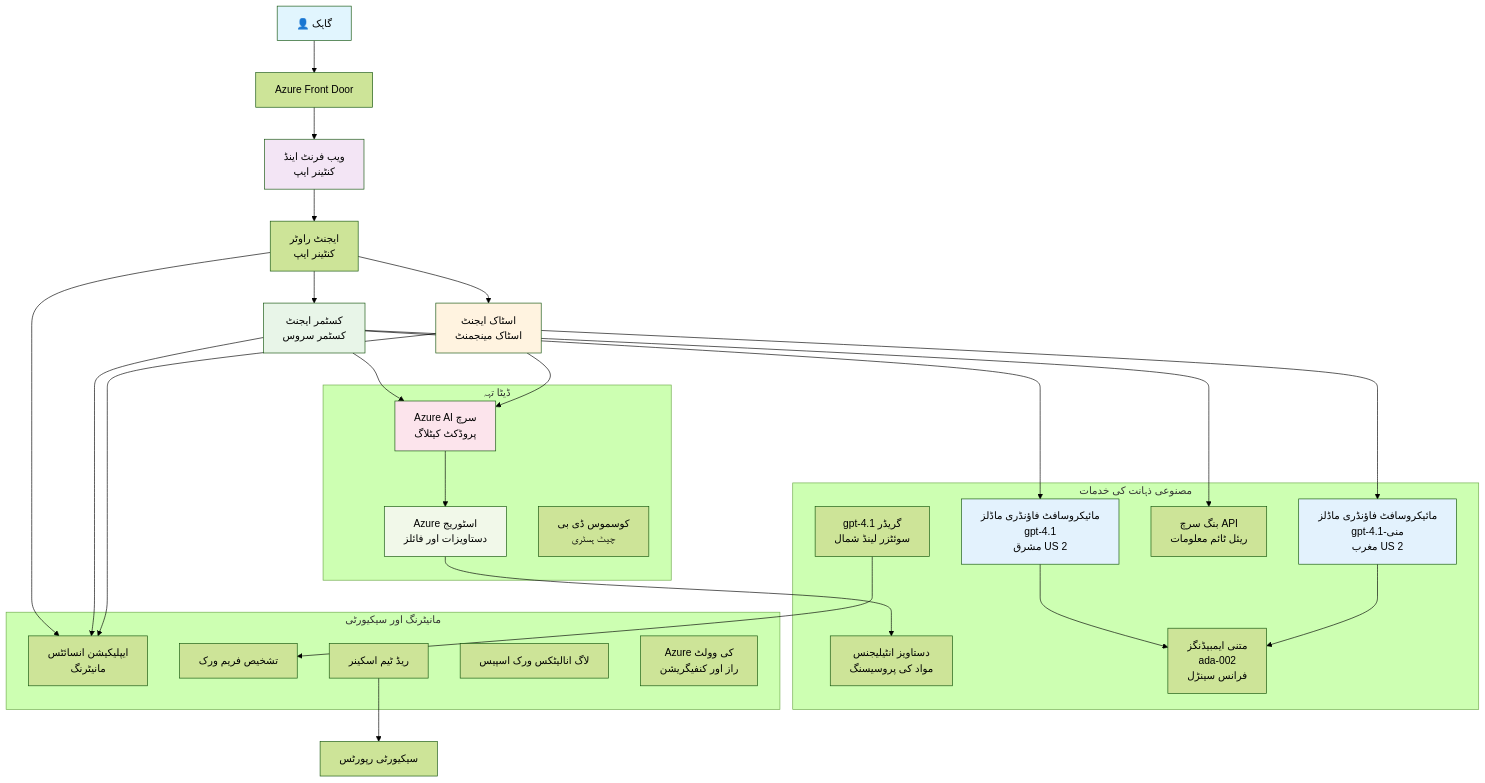
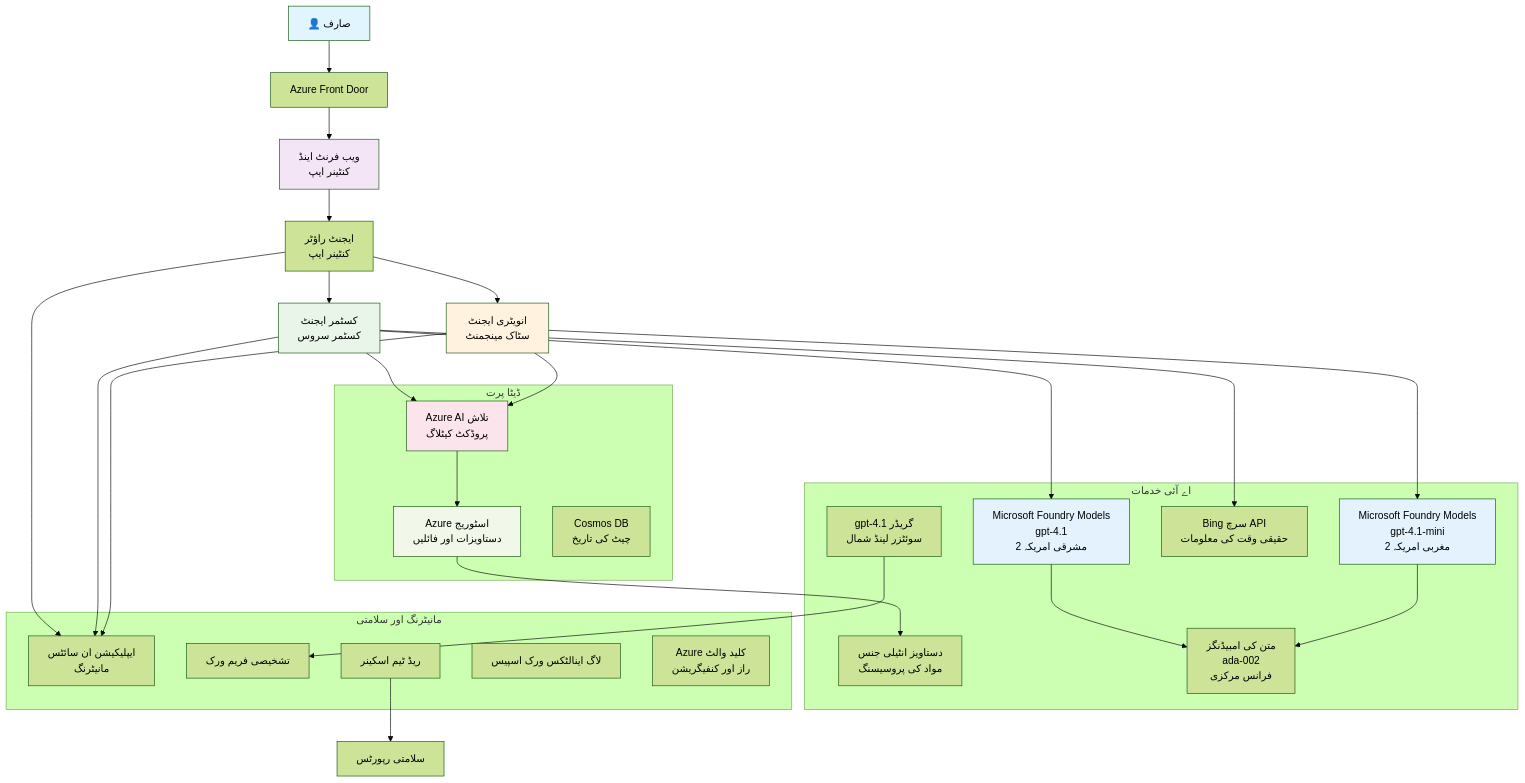
The diagram in translations/ur/examples/retail-scenario.md (microsoft/AZD-for-beginners), drawn with Mermaid (forest theme) before and after one commit. The commit also changed other lines of this file and 104 other files, not shown here.

````diff
--- a/translations/ur/examples/retail-scenario.md
+++ b/translations/ur/examples/retail-scenario.md
@@ -140,61 +139,61 @@
 ```mermaid
 graph TB
-    User[👤 گاہک] --> LB[Azure Front Door]
+    User[👤 صارف] --> LB[Azure Front Door]
     LB --> WebApp[ویب فرنٹ اینڈ<br/>کنٹینر ایپ]
     
-    WebApp --> Router[ایجنٹ راوٹر<br/>کنٹینر ایپ]
+    WebApp --> Router[ایجنٹ راؤٹر<br/>کنٹینر ایپ]
     Router --> CustomerAgent[کسٹمر ایجنٹ<br/>کسٹمر سروس]
-    Router --> InvAgent[اسٹاک ایجنٹ<br/>اسٹاک مینجمنٹ]
+    Router --> InvAgent[انویٹری ایجنٹ<br/>سٹاک مینجمنٹ]
     
-    CustomerAgent --> OpenAI1[مائیکروسافٹ فاؤنڈری ماڈلز<br/>gpt-4.1<br/>مشرق US 2]
-    InvAgent --> OpenAI2[مائیکروسافٹ فاؤنڈری ماڈلز<br/>gpt-4.1-منی<br/>مغرب US 2]
+    CustomerAgent --> OpenAI1[Microsoft Foundry Models<br/>gpt-4.1<br/>مشرقی امریکہ 2]
+    InvAgent --> OpenAI2[Microsoft Foundry Models<br/>gpt-4.1-mini<br/>مغربی امریکہ 2]
     
-    CustomerAgent --> AISearch[Azure AI سرچ<br/>پروڈکٹ کیٹلاگ]
-    CustomerAgent --> BingSearch[بنگ سرچ API<br/>ریئل ٹائم معلومات]
+    CustomerAgent --> AISearch[Azure AI تلاش<br/>پروڈکٹ کیٹلاگ]
+    CustomerAgent --> BingSearch[Bing سرچ API<br/>حقیقی وقت کی معلومات]
     InvAgent --> AISearch
     
-    AISearch --> Storage[Azure اسٹوریج<br/>دستاویزات اور فائلز]
-    Storage --> DocIntel[دستاویز انٹیلیجنس<br/>مواد کی پروسیسنگ]
+    AISearch --> Storage[Azure اسٹوریج<br/>دستاویزات اور فائلیں]
+    Storage --> DocIntel[دستاویز انٹیلی جنس<br/>مواد کی پروسیسنگ]
     
-    OpenAI1 --> Embeddings[متنی ایمبیڈنگز<br/>ada-002<br/>فرانس سینڑل]
+    OpenAI1 --> Embeddings[متن کی امبیڈنگز<br/>ada-002<br/>فرانس مرکزی]
     OpenAI2 --> Embeddings
     
-    Router --> AppInsights[ایپلیکیشن انسائٹس<br/>مانیٹرنگ]
+    Router --> AppInsights[ایپلیکیشن ان سائٹس<br/>مانیٹرنگ]
     CustomerAgent --> AppInsights
     InvAgent --> AppInsights
     
-    GraderModel[gpt-4.1 گریڈر<br/>سوئٹزر لینڈ شمال] --> Evaluation[تشخیص فریم ورک]
-    RedTeam[ریڈ ٹیم اسکینر] --> SecurityReports[سیکیورٹی رپورٹس]
+    GraderModel[gpt-4.1 گریڈر<br/>سوئٹزر لینڈ شمال] --> Evaluation[تشخیصی فریم ورک]
+    RedTeam[ریڈ ٹیم اسکینر] --> SecurityReports[سلامتی رپورٹس]
     
-    subgraph "ڈیٹا تہہ"
+    subgraph "ڈیٹا پرت"
         Storage
         AISearch
-        CosmosDB[کوسموس ڈی بی<br/>چیٹ ہسٹری]
+        CosmosDB[Cosmos DB<br/>چیٹ کی تاریخ]
     end
     
-    subgraph "مصنوعی ذہانت کی خدمات"
+    subgraph "اے آئی خدمات"
         OpenAI1
         OpenAI2
         Embeddings
         GraderModel
         DocIntel
         BingSearch
     end
     
-    subgraph "مانیٹرنگ اور سیکیورٹی"
+    subgraph "مانیٹرنگ اور سلامتی"
         AppInsights
-        LogAnalytics[لاگ انالیٹکس ورک اسپیس]
-        KeyVault[Azure کی وولٹ<br/>راز اور کنفیگریشن]
+        LogAnalytics[لاگ اینالٹکس ورک اسپیس]
+        KeyVault[Azure کلید والٹ<br/>راز اور کنفیگریشن]
         RedTeam
         Evaluation
     end
     
     style User fill:#e1f5fe
     style WebApp fill:#f3e5f5
     style CustomerAgent fill:#e8f5e8
     style InvAgent fill:#fff3e0
     style OpenAI1 fill:#e3f2fd
     style OpenAI2 fill:#e3f2fd
     style AISearch fill:#fce4ec
     style Storage fill:#f1f8e9
-```  
+```
````
